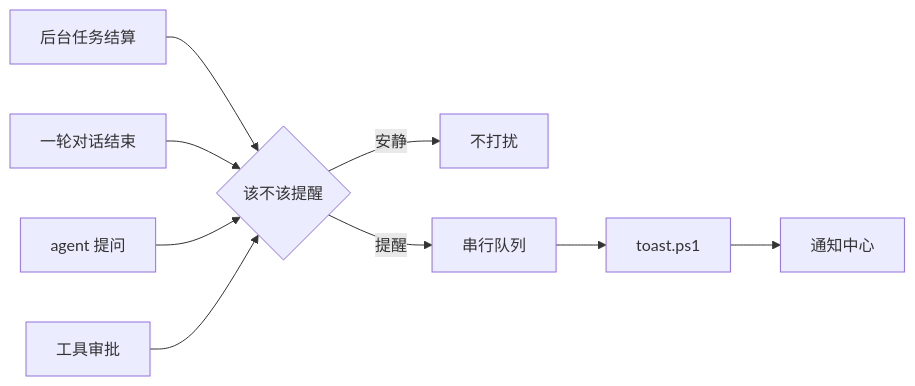
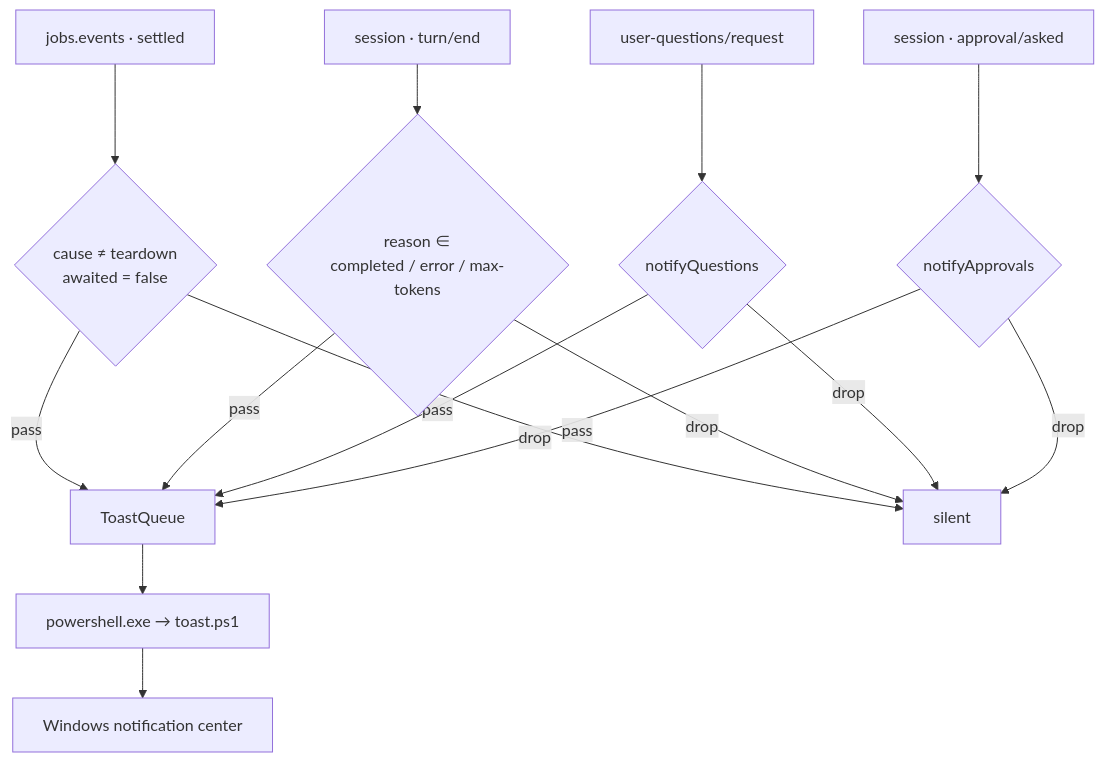
One commit to imnotRiv3r/dsh-job-notify changed the diagram in README.md. Above: the diagram before and after it, drawn with Mermaid. The commit also changed other lines of this file and 5 other files, not shown here.

````diff
--- a/README.md
+++ b/README.md
@@ -188,11 +364,17 @@
 ```mermaid
-graph LR
-  J["后台任务结算"] --> F{"该不该提醒"}
-  T["一轮对话结束"] --> F
-  Q["agent 提问"] --> F
-  A["工具审批"] --> F
-  F -->|"安静"| X["不打扰"]
-  F -->|"提醒"| R["串行队列"]
-  R --> P["toast.ps1"]
-  P --> W["通知中心"]
+graph TD
+  J["jobs.events · settled"] --> GJ{"cause ≠ teardown<br/>awaited = false"}
+  T["session · turn/end"] --> GT{"reason ∈<br/>completed / error / max-tokens"}
+  Q["user-questions/request"] --> GQ{"notifyQuestions"}
+  A["session · approval/asked"] --> GA{"notifyApprovals"}
+  GJ -->|pass| Q1["ToastQueue"]
+  GT -->|pass| Q1
+  GQ -->|pass| Q1
+  GA -->|pass| Q1
+  GJ -->|drop| S["silent"]
+  GT -->|drop| S
+  GQ -->|drop| S
+  GA -->|drop| S
+  Q1 --> P["powershell.exe → toast.ps1"]
+  P --> W["Windows notification center"]
 ```
````
